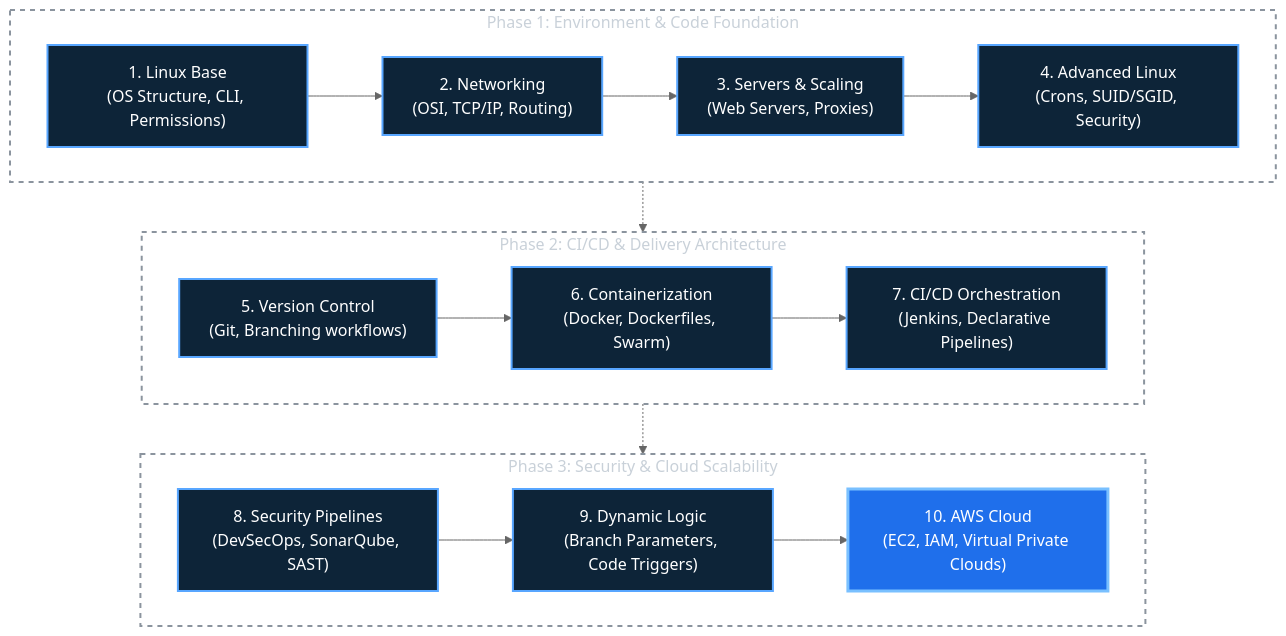
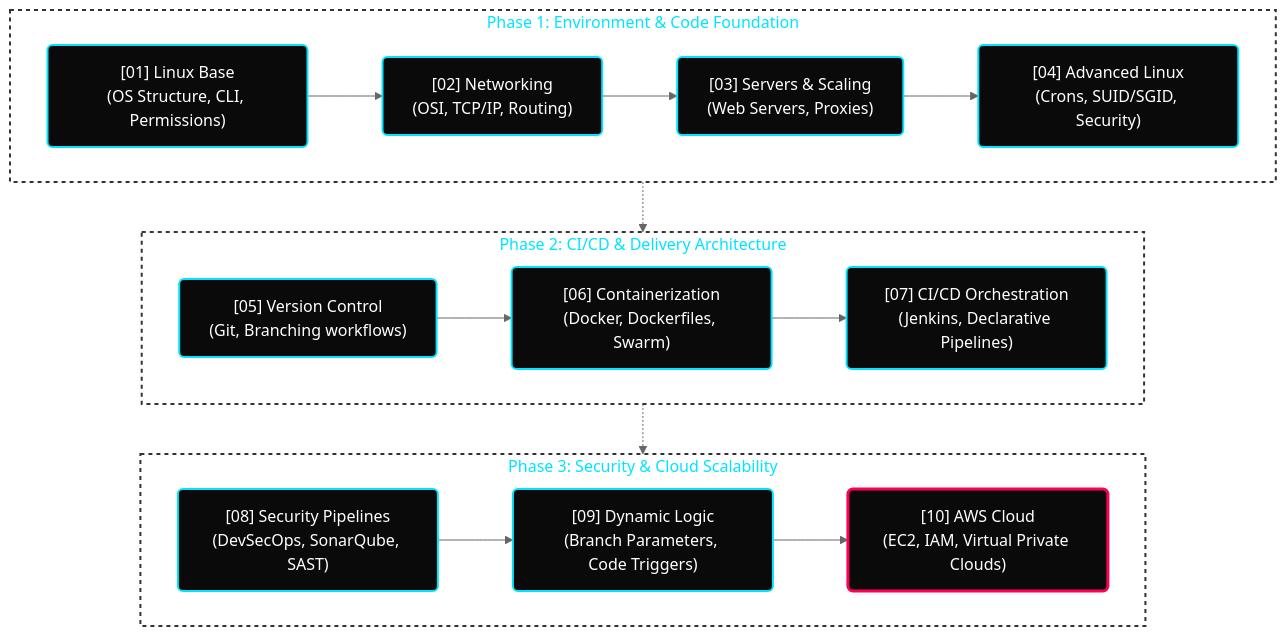
The diagram in README.md (hridyen/DevOps-Survival-Roadmap), drawn with Mermaid (neutral theme) before and after one commit. The commit also changed other lines of this file, not shown here.

````diff
--- a/README.md
+++ b/README.md
@@ -77,30 +92,30 @@
 ```mermaid
 flowchart TD
-    classDef default fill:#0d2438,stroke:#58a6ff,stroke-width:2px,color:#ffffff;
-    classDef active fill:#1f6feb,stroke:#79c0ff,stroke-width:3px,color:#ffffff;
-    classDef phase fill:transparent,stroke:#8b949e,stroke-width:2px,stroke-dasharray: 5 5,color:#c9d1d9;
+    classDef default fill:#0A0A0A,stroke:#00E5FF,stroke-width:2px,color:#FFFFFF,rx:5px,ry:5px;
+    classDef active fill:#0A0A0A,stroke:#FF0055,stroke-width:3px,color:#FFFFFF,rx:5px,ry:5px;
+    classDef phase fill:transparent,stroke:#333333,stroke-width:2px,stroke-dasharray: 4 4,color:#00E5FF;
 
     subgraph P1 [Phase 1: Environment & Code Foundation]
-        A["1. Linux Base<br/>(OS Structure, CLI, Permissions)"] --> 
-        B["2. Networking<br/>(OSI, TCP/IP, Routing)"] --> 
-        C["3. Servers & Scaling<br/>(Web Servers, Proxies)"] --> 
-        D["4. Advanced Linux<br/>(Crons, SUID/SGID, Security)"]
+        A["[01] Linux Base<br/>(OS Structure, CLI, Permissions)"] --> 
+        B["[02] Networking<br/>(OSI, TCP/IP, Routing)"] --> 
+        C["[03] Servers & Scaling<br/>(Web Servers, Proxies)"] --> 
+        D["[04] Advanced Linux<br/>(Crons, SUID/SGID, Security)"]
     end
 
     subgraph P2 [Phase 2: CI/CD & Delivery Architecture]
-        E["5. Version Control<br/>(Git, Branching workflows)"] --> 
-        F["6. Containerization<br/>(Docker, Dockerfiles, Swarm)"] --> 
-        G["7. CI/CD Orchestration<br/>(Jenkins, Declarative Pipelines)"]
+        E["[05] Version Control<br/>(Git, Branching workflows)"] --> 
+        F["[06] Containerization<br/>(Docker, Dockerfiles, Swarm)"] --> 
+        G["[07] CI/CD Orchestration<br/>(Jenkins, Declarative Pipelines)"]
     end
 
     subgraph P3 [Phase 3: Security & Cloud Scalability]
-        H["8. Security Pipelines<br/>(DevSecOps, SonarQube, SAST)"] --> 
-        I["9. Dynamic Logic<br/>(Branch Parameters, Code Triggers)"] --> 
-        J["10. AWS Cloud<br/>(EC2, IAM, Virtual Private Clouds)"]:::active
+        H["[08] Security Pipelines<br/>(DevSecOps, SonarQube, SAST)"] --> 
+        I["[09] Dynamic Logic<br/>(Branch Parameters, Code Triggers)"] --> 
+        J["[10] AWS Cloud<br/>(EC2, IAM, Virtual Private Clouds)"]:::active
     end
 
     P1 -.-> P2
     P2 -.-> P3
     
     class P1,P2,P3 phase;
 ```
````
